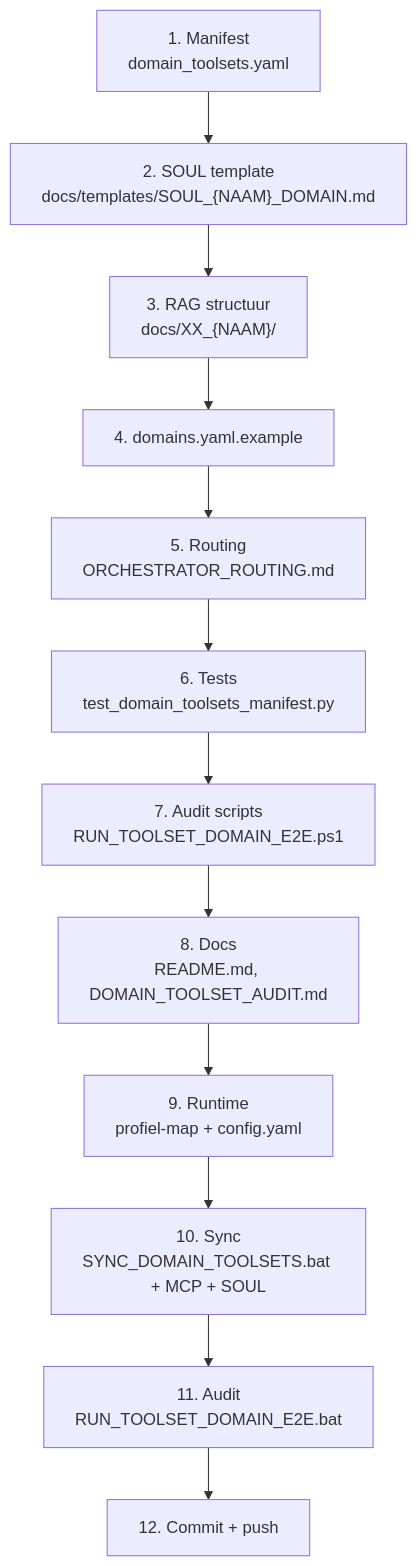
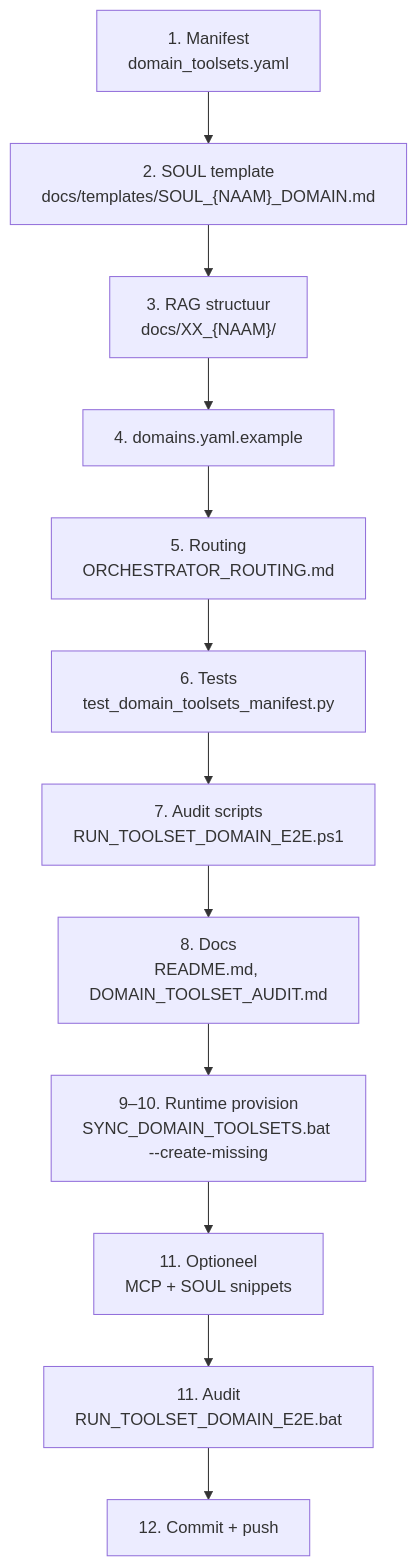
Before and after one commit to J80-droid/hermes-agent-windows-nl: the diagram in docs/DOMAIN_BLUEPRINT.md, drawn with Mermaid. The commit also changed other lines of this file and 36 other files, not shown here.

````diff
--- a/docs/DOMAIN_BLUEPRINT.md
+++ b/docs/DOMAIN_BLUEPRINT.md
@@ -7,14 +7,14 @@
 ```mermaid
 flowchart TD
     A["1. Manifest<br>domain_toolsets.yaml"] --> B["2. SOUL template<br>docs/templates/SOUL_{NAAM}_DOMAIN.md"]
     B --> C["3. RAG structuur<br>docs/XX_{NAAM}/"]
     C --> D["4. domains.yaml.example"]
     D --> E["5. Routing<br>ORCHESTRATOR_ROUTING.md"]
     E --> F["6. Tests<br>test_domain_toolsets_manifest.py"]
     F --> G["7. Audit scripts<br>RUN_TOOLSET_DOMAIN_E2E.ps1"]
     G --> H["8. Docs<br>README.md, DOMAIN_TOOLSET_AUDIT.md"]
-    H --> I["9. Runtime<br>profiel-map + config.yaml"]
-    I --> J["10. Sync<br>SYNC_DOMAIN_TOOLSETS.bat + MCP + SOUL"]
+    H --> I["9–10. Runtime provision<br>SYNC_DOMAIN_TOOLSETS.bat --create-missing"]
+    I --> J["11. Optioneel<br>MCP + SOUL snippets"]
     J --> K["11. Audit<br>RUN_TOOLSET_DOMAIN_E2E.bat"]
     K --> L["12. Commit + push"]
 ```
````
